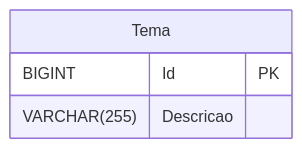
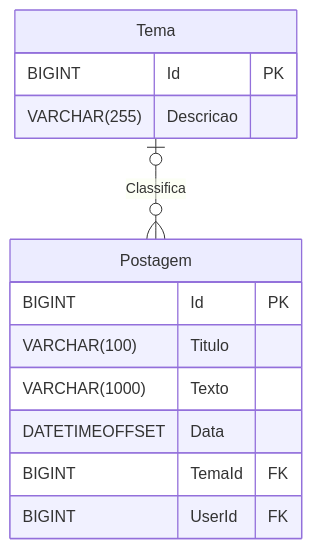
The second of 4 diagrams in 04_aspnet/14.md (conteudoGeneration/cookbook_csharp), drawn with Mermaid before and after one commit. The commit also changed other lines of this file and 12 other files, not shown here.

````diff
--- a/04_aspnet/14.md
+++ b/04_aspnet/14.md
@@ -42,7 +42,16 @@
 ```mermaid
 erDiagram
+    Tema |o--o{ Postagem : Classifica
     Tema {
         BIGINT Id PK
         VARCHAR(255) Descricao
     }
+    Postagem {
+       	BIGINT Id PK
+        VARCHAR(100) Titulo
+        VARCHAR(1000) Texto
+       	DATETIMEOFFSET Data
+        BIGINT TemaId FK
+        BIGINT UserId FK
+    }
 ```
````
